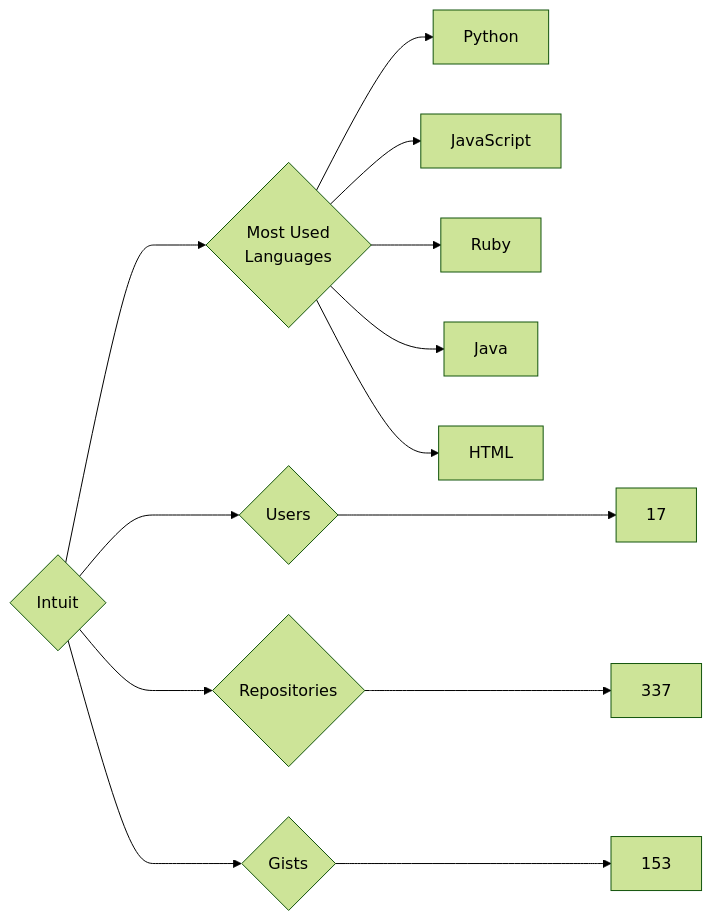
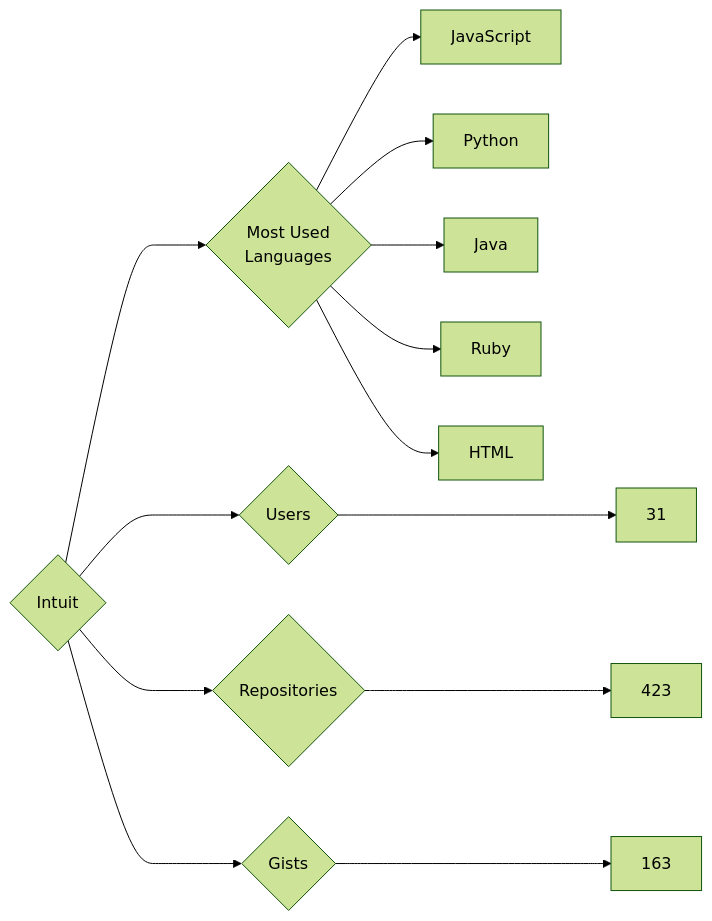
One commit to trickest/insiders changed the diagram in targets/Intuit/README.md. Above: the diagram before and after it, drawn with Mermaid (forest theme). The commit also changed 723 other files, not shown here.

````diff
--- a/targets/Intuit/README.md
+++ b/targets/Intuit/README.md
@@ -3,13 +3,13 @@
 ```mermaid
 graph LR
 COMPANY_NAME{Intuit}
-COMPANY_NAME ---> U{Users} ---> UN[17]
-COMPANY_NAME ---> R{Repositories} ---> RN[337]
-COMPANY_NAME ---> G{Gists} ---> GN[153]
+COMPANY_NAME ---> U{Users} ---> UN[31]
+COMPANY_NAME ---> R{Repositories} ---> RN[423]
+COMPANY_NAME ---> G{Gists} ---> GN[163]
 COMPANY_NAME ---> ML{Most Used<br>Languages}
+ML --> JavaScript[JavaScript]
 ML --> Python[Python]
-ML --> JavaScript[JavaScript]
+ML --> Java[Java]
 ML --> Ruby[Ruby]
-ML --> Java[Java]
 ML --> HTML[HTML]
 ```
````
